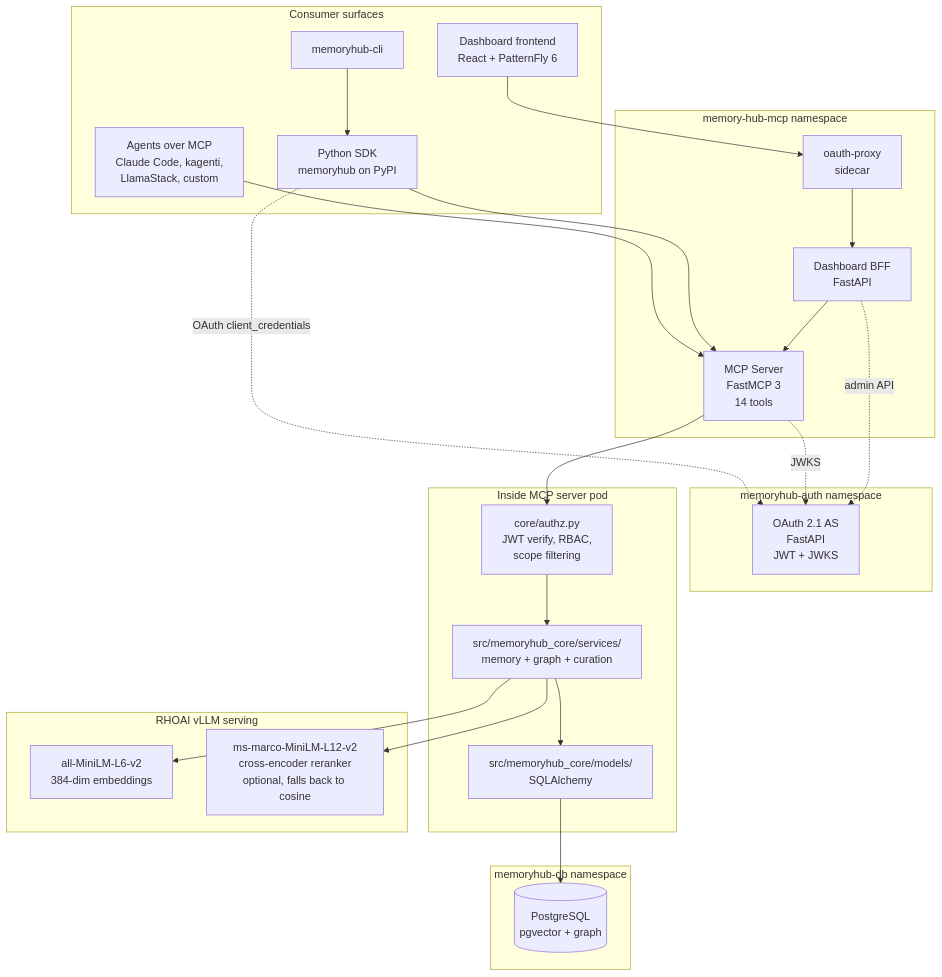
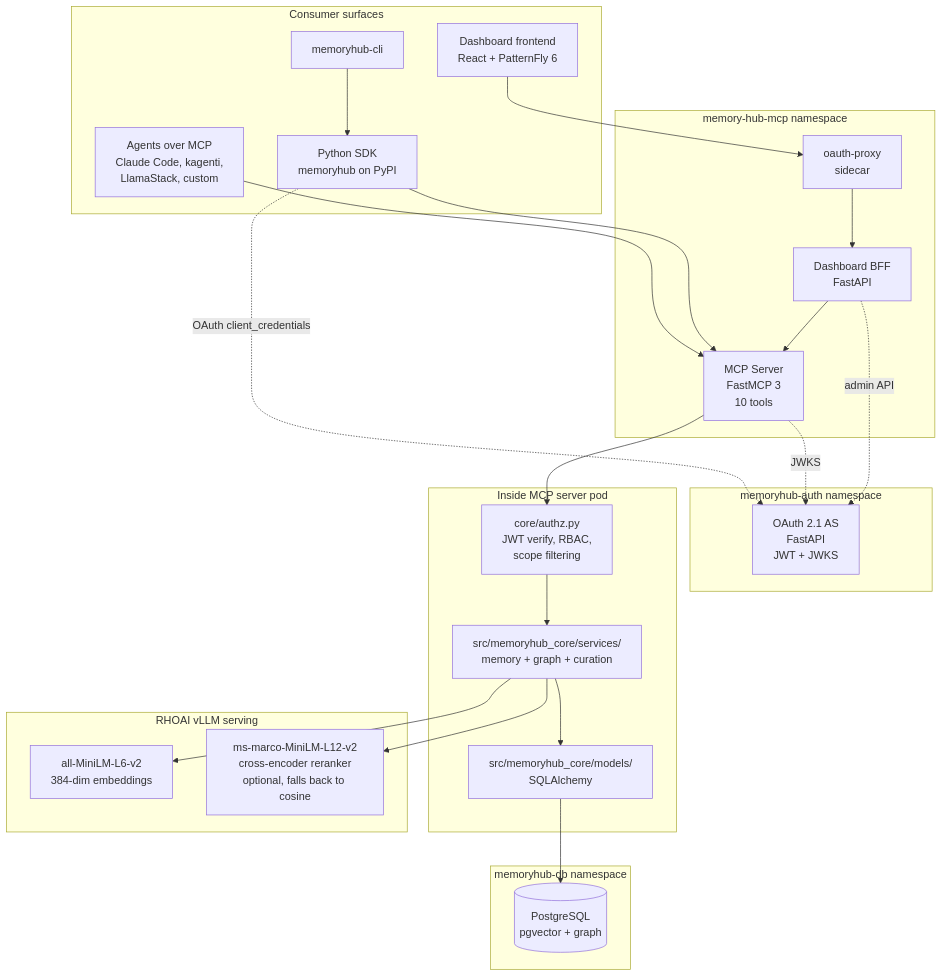
Before and after one commit to redhat-ai-americas/memory-hub: the first of 4 diagrams in docs/ARCHITECTURE.md, drawn with Mermaid. The commit also changed other lines of this file and 21 other files, not shown here.

````diff
--- a/docs/ARCHITECTURE.md
+++ b/docs/ARCHITECTURE.md
@@ -9,51 +9,51 @@
 ```mermaid
 graph TB
     subgraph "Consumer surfaces"
         AGENT[Agents over MCP<br/>Claude Code, kagenti,<br/>LlamaStack, custom]
         SDK[Python SDK<br/>memoryhub on PyPI]
         CLI[memoryhub-cli]
         UI_FE[Dashboard frontend<br/>React + PatternFly 6]
     end
 
     subgraph "memory-hub-mcp namespace"
-        MCP[MCP Server<br/>FastMCP 3<br/>14 tools]
+        MCP[MCP Server<br/>FastMCP 3<br/>10 tools]
         UI_BE[Dashboard BFF<br/>FastAPI]
         OAP[oauth-proxy<br/>sidecar]
     end
 
     subgraph "memoryhub-auth namespace"
         AUTH[OAuth 2.1 AS<br/>FastAPI<br/>JWT + JWKS]
     end
 
     subgraph "Inside MCP server pod"
         AUTHZ[core/authz.py<br/>JWT verify, RBAC,<br/>scope filtering]
         SVC[src/memoryhub_core/services/<br/>memory + graph + curation]
         MOD[src/memoryhub_core/models/<br/>SQLAlchemy]
     end
 
     subgraph "memoryhub-db namespace"
         PG[(PostgreSQL<br/>pgvector + graph)]
     end
 
     subgraph "RHOAI vLLM serving"
         EMB[all-MiniLM-L6-v2<br/>384-dim embeddings]
         RR[ms-marco-MiniLM-L12-v2<br/>cross-encoder reranker<br/>optional, falls back to cosine]
     end
 
     AGENT --> MCP
     SDK --> MCP
     CLI --> SDK
     UI_FE --> OAP --> UI_BE --> MCP
 
     SDK -. OAuth client_credentials .-> AUTH
     MCP -. JWKS .-> AUTH
     UI_BE -. admin API .-> AUTH
 
     MCP --> AUTHZ
     AUTHZ --> SVC
     SVC --> MOD
     MOD --> PG
 
     SVC --> EMB
     SVC --> RR
 ```
````
